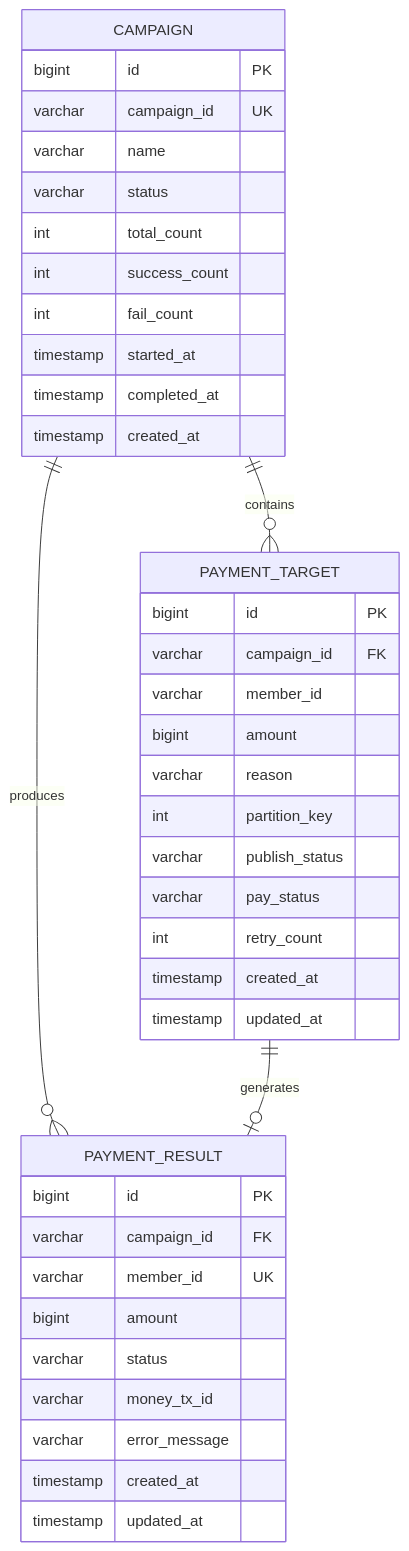
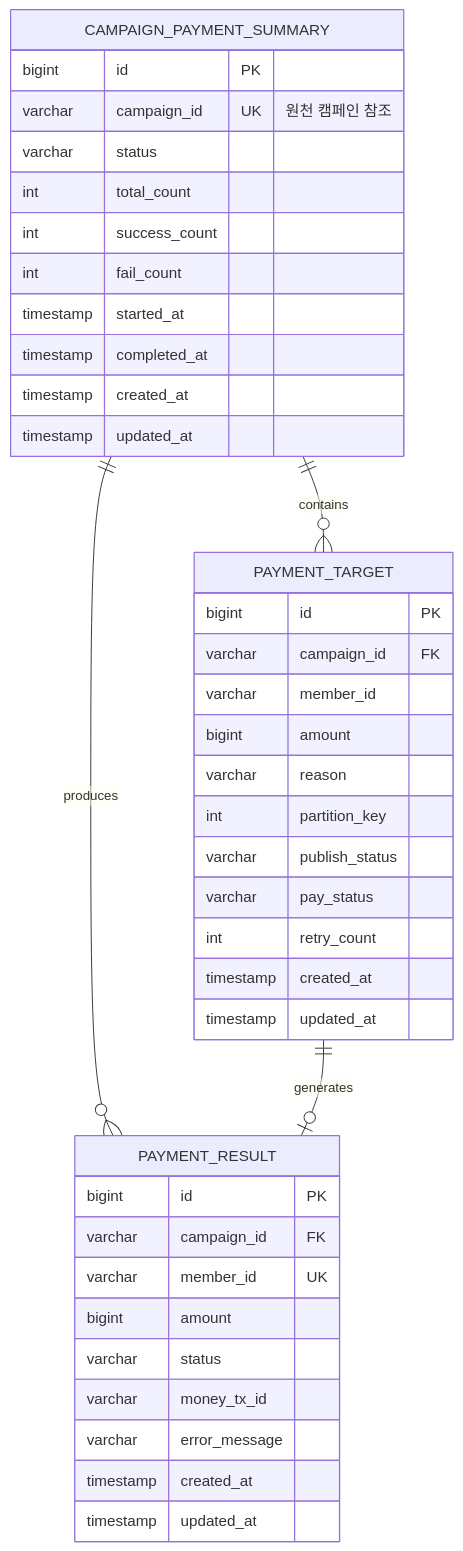
Before and after one commit to JiYoonKimjimmy/obsidian-vault: the fifth of 6 diagrams in 1. Project/2026_MP_대량 포인트 지급 시스템/02_Architecture.md, drawn with Mermaid. The commit also changed other lines of this file and 1 other file, not shown here.

````diff
--- a/1. Project/2026_MP_대량 포인트 지급 시스템/02_Architecture.md
+++ b/1. Project/2026_MP_대량 포인트 지급 시스템/02_Architecture.md
@@ -358,45 +436,45 @@
 ```mermaid
 erDiagram
-    CAMPAIGN ||--o{ PAYMENT_TARGET : contains
-    CAMPAIGN ||--o{ PAYMENT_RESULT : produces
+    CAMPAIGN_PAYMENT_SUMMARY ||--o{ PAYMENT_TARGET : contains
+    CAMPAIGN_PAYMENT_SUMMARY ||--o{ PAYMENT_RESULT : produces
     PAYMENT_TARGET ||--o| PAYMENT_RESULT : generates
     
-    CAMPAIGN {
+    CAMPAIGN_PAYMENT_SUMMARY {
         bigint id PK
-        varchar campaign_id UK
-        varchar name
+        varchar campaign_id UK "원천 캠페인 참조"
         varchar status
         int total_count
         int success_count
         int fail_count
         timestamp started_at
         timestamp completed_at
         timestamp created_at
+        timestamp updated_at
     }
     
     PAYMENT_TARGET {
         bigint id PK
         varchar campaign_id FK
         varchar member_id
         bigint amount
         varchar reason
         int partition_key
         varchar publish_status
         varchar pay_status
         int retry_count
         timestamp created_at
         timestamp updated_at
     }
     
     PAYMENT_RESULT {
         bigint id PK
         varchar campaign_id FK
         varchar member_id UK
         bigint amount
         varchar status
         varchar money_tx_id
         varchar error_message
         timestamp created_at
         timestamp updated_at
     }
 ```
````
